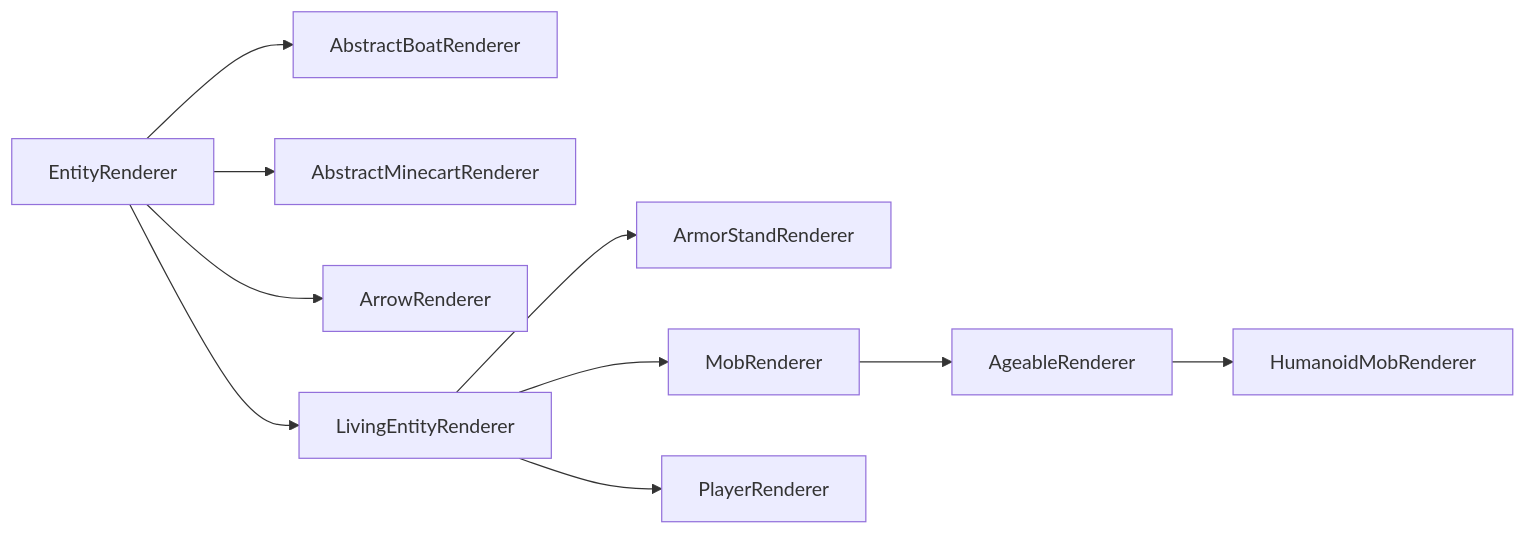
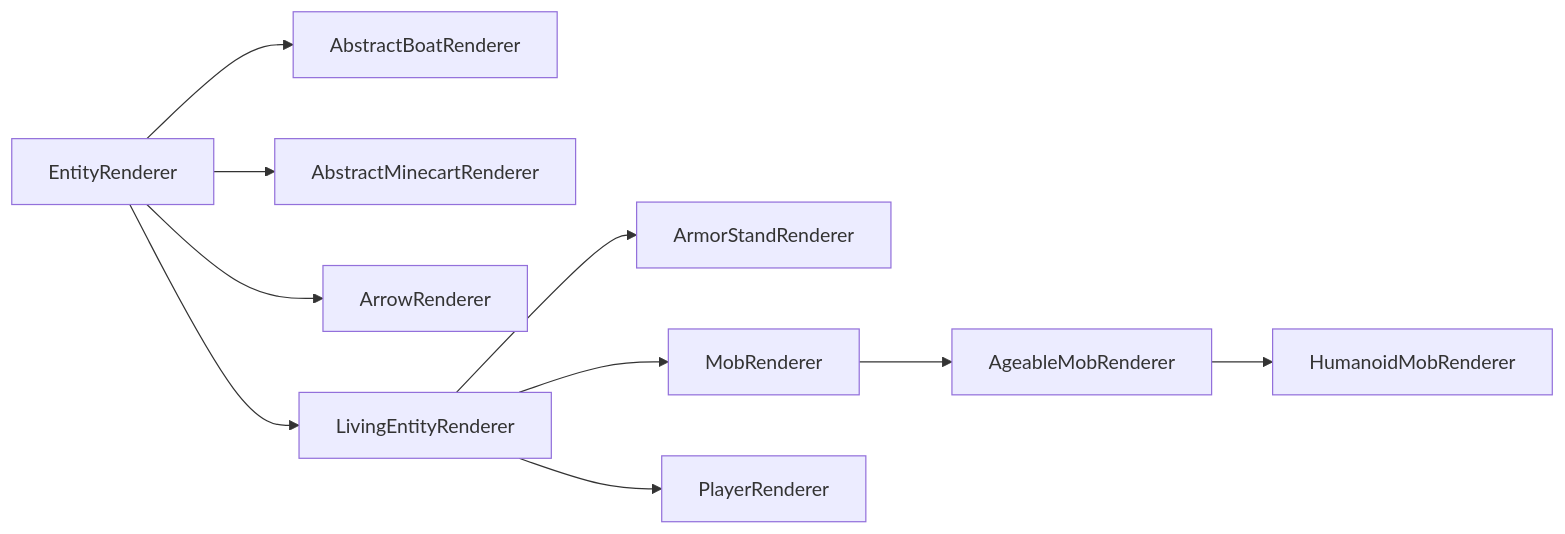
The diagram in docs/entities/renderer.md (neoforged/Documentation), drawn with Mermaid before and after one commit. The commit also changed other lines of this file and 132 other files, not shown here.

````diff
--- a/docs/entities/renderer.md
+++ b/docs/entities/renderer.md
@@ -115,15 +115,15 @@
 ```mermaid
 graph LR;
     EntityRenderer-->AbstractBoatRenderer;
     EntityRenderer-->AbstractMinecartRenderer;
     EntityRenderer-->ArrowRenderer;
     EntityRenderer-->LivingEntityRenderer;
     LivingEntityRenderer-->ArmorStandRenderer;
     LivingEntityRenderer-->MobRenderer;
-    MobRenderer-->AgeableRenderer;
-    AgeableRenderer-->HumanoidMobRenderer;
+    MobRenderer-->AgeableMobRenderer;
+    AgeableMobRenderer-->HumanoidMobRenderer;
     LivingEntityRenderer-->PlayerRenderer;
     
-    class EntityRenderer,AbstractBoatRenderer,AbstractMinecartRenderer,ArrowRenderer,LivingEntityRenderer,MobRenderer,AgeableRenderer,HumanoidMobRenderer red;
+    class EntityRenderer,AbstractBoatRenderer,AbstractMinecartRenderer,ArrowRenderer,LivingEntityRenderer,MobRenderer,AgeableMobRenderer,HumanoidMobRenderer red;
     class ArmorStandRenderer,PlayerRenderer blue;
 ```
````
